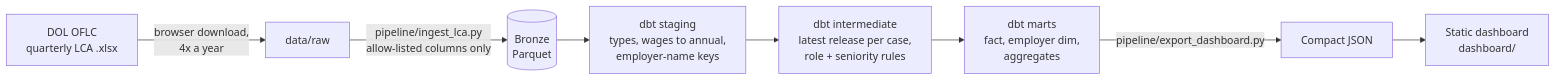
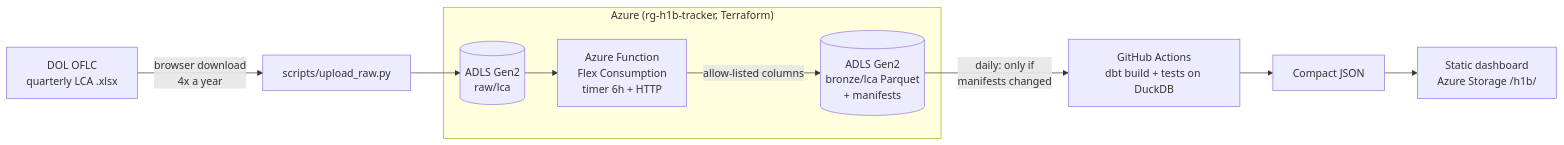
One commit to srikanthmannepalli0502-cmyk/h1b-job-market-tracker changed the diagram in README.md. Above: the diagram before and after it, drawn with Mermaid. The commit also changed other lines of this file and 25 other files, not shown here.

First line of the commit message:
Add Azure data lake, ingestion Function and daily refresh

````diff
--- a/README.md
+++ b/README.md
@@ -43,10 +43,14 @@
 ```mermaid
 flowchart LR
-    DOL[DOL OFLC<br/>quarterly LCA .xlsx] -->|browser download,<br/>4x a year| RAW[data/raw]
-    RAW -->|pipeline/ingest_lca.py<br/>allow-listed columns only| BRONZE[(Bronze<br/>Parquet)]
-    BRONZE --> STG[dbt staging<br/>types, wages to annual,<br/>employer-name keys]
-    STG --> INT[dbt intermediate<br/>latest release per case,<br/>role + seniority rules]
-    INT --> MARTS[dbt marts<br/>fact, employer dim,<br/>aggregates]
-    MARTS -->|pipeline/export_dashboard.py| JSON[Compact JSON]
-    JSON --> WEB[Static dashboard<br/>dashboard/]
+    DOL[DOL OFLC<br/>quarterly LCA .xlsx] -->|browser download<br/>4x a year| UP[scripts/upload_raw.py]
+    subgraph Azure["Azure (rg-h1b-tracker, Terraform)"]
+        RAW[(ADLS Gen2<br/>raw/lca)]
+        FN[Azure Function<br/>Flex Consumption<br/>timer 6h + HTTP]
+        BRONZE[(ADLS Gen2<br/>bronze/lca Parquet<br/>+ manifests)]
+        RAW --> FN -->|allow-listed columns| BRONZE
+    end
+    UP --> RAW
+    BRONZE -->|daily: only if<br/>manifests changed| GHA[GitHub Actions<br/>dbt build + tests on DuckDB]
+    GHA --> JSON[Compact JSON]
+    JSON --> WEB[Static dashboard<br/>Azure Storage /h1b/]
 ```
````
